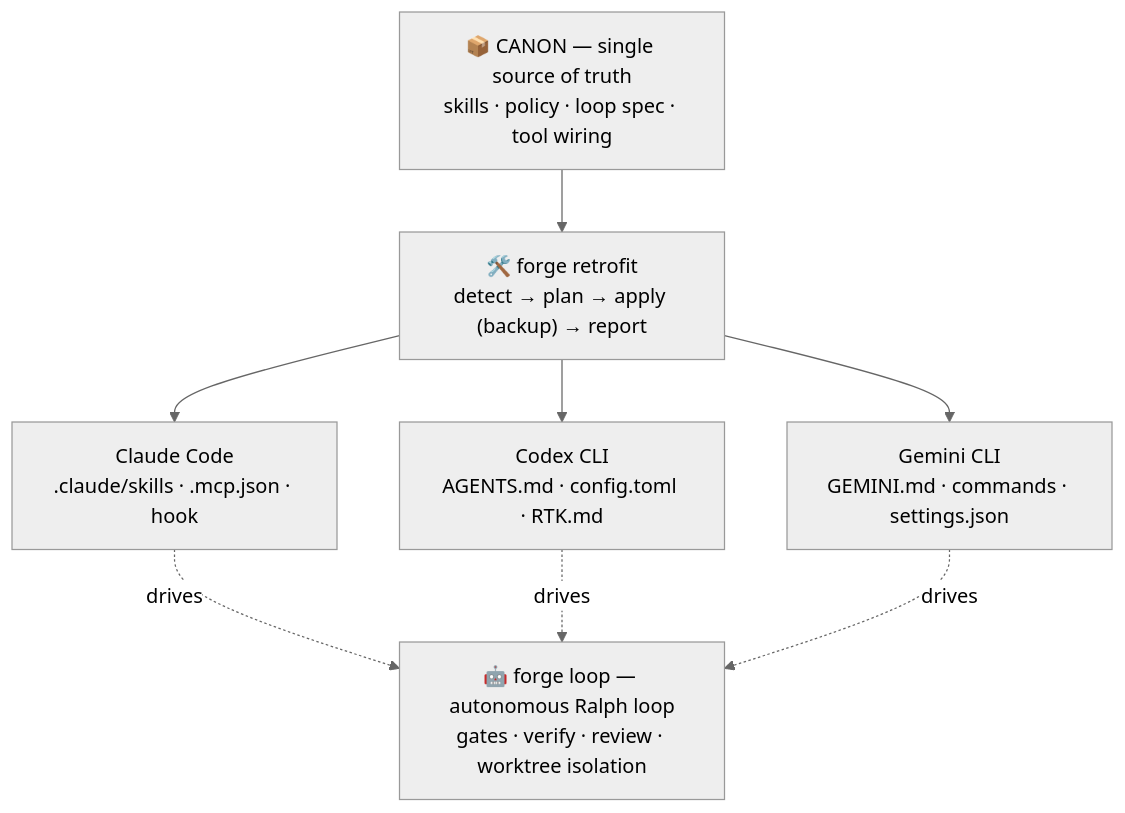
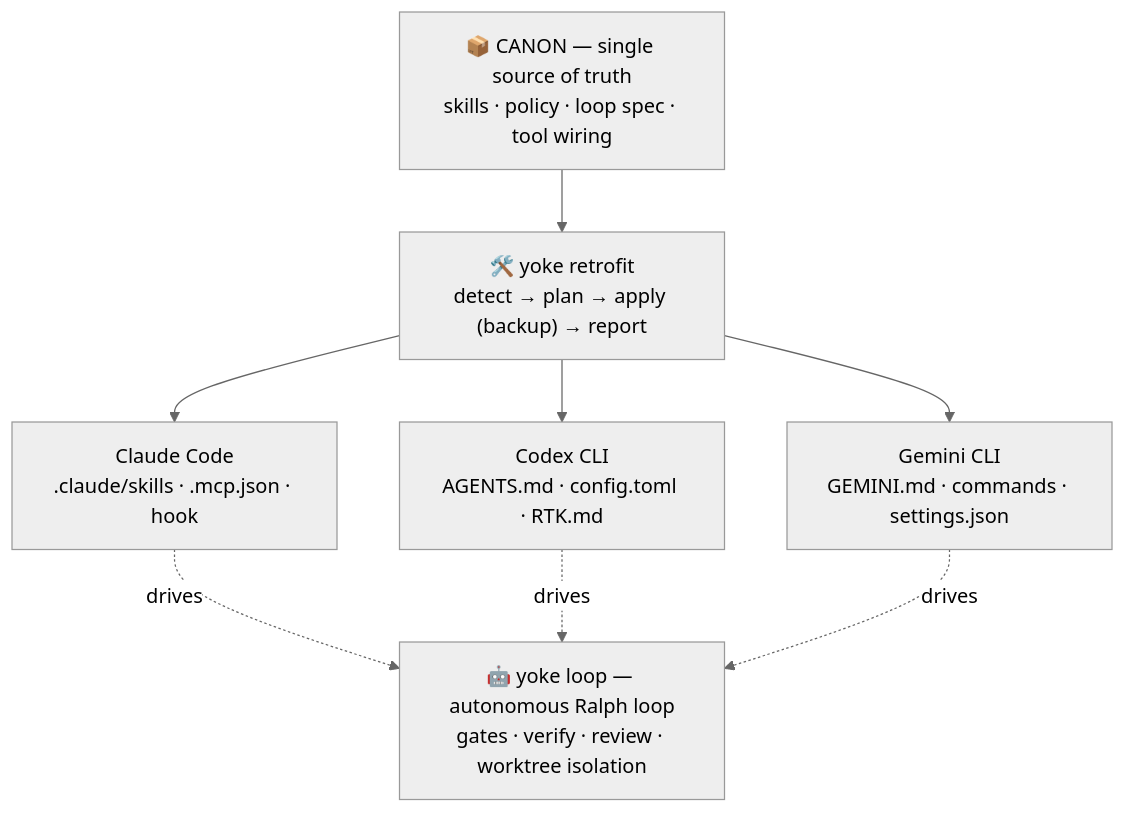
The first of 2 diagrams in README.md (HECer/yoke), drawn with Mermaid (neutral theme) before and after one commit. The commit also changed other lines of this file and 36 other files, not shown here.

Commit message:
rename: Forge → Yoke (CLI, .yoke dir, canon, tests, README)

````diff
--- a/README.md
+++ b/README.md
@@ -67,13 +67,13 @@
 ```mermaid
 flowchart TD
     Canon["📦 CANON — single source of truth<br/>skills · policy · loop spec · tool wiring"]
-    Skill["🛠️ forge retrofit<br/>detect → plan → apply (backup) → report"]
+    Skill["🛠️ yoke retrofit<br/>detect → plan → apply (backup) → report"]
     Canon --> Skill
     Skill --> Claude["Claude Code<br/>.claude/skills · .mcp.json · hook"]
     Skill --> Codex["Codex CLI<br/>AGENTS.md · config.toml · RTK.md"]
     Skill --> Gemini["Gemini CLI<br/>GEMINI.md · commands · settings.json"]
-    Loop["🤖 forge loop — autonomous Ralph loop<br/>gates · verify · review · worktree isolation"]
+    Loop["🤖 yoke loop — autonomous Ralph loop<br/>gates · verify · review · worktree isolation"]
     Claude -. drives .-> Loop
     Codex -. drives .-> Loop
     Gemini -. drives .-> Loop
 ```
````
